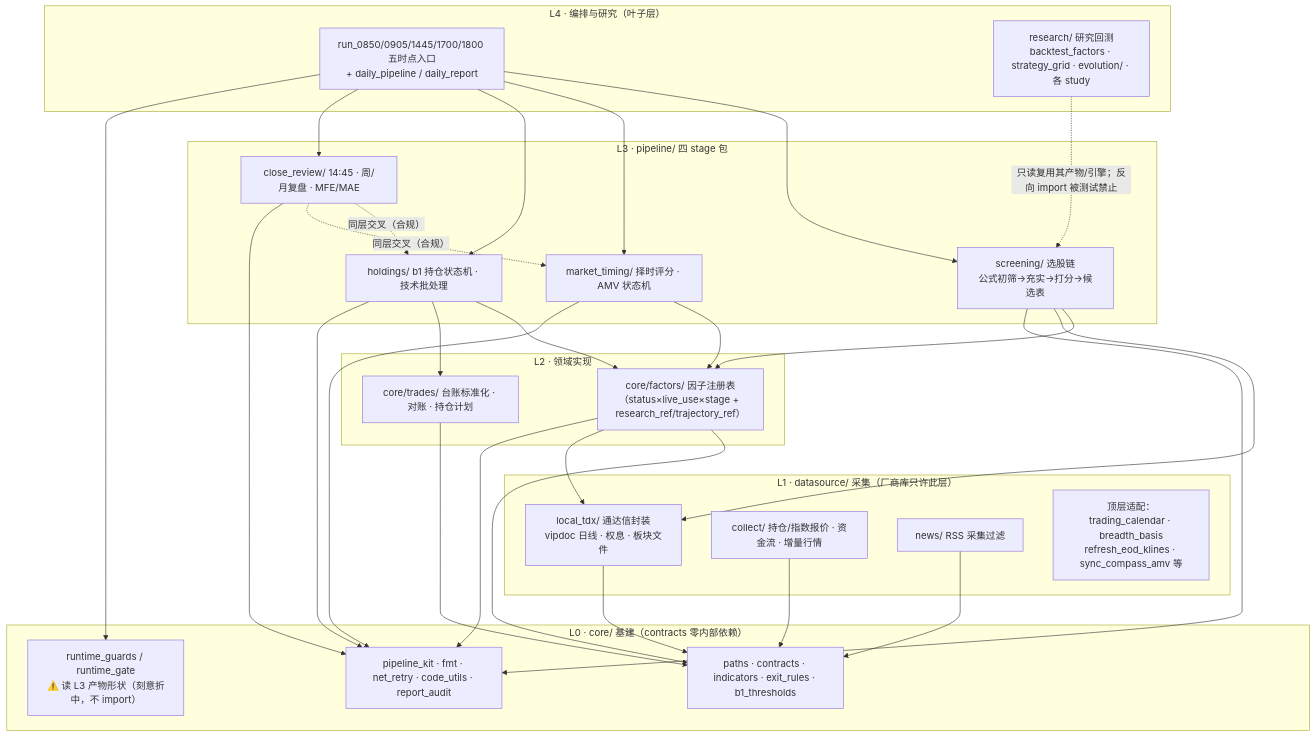
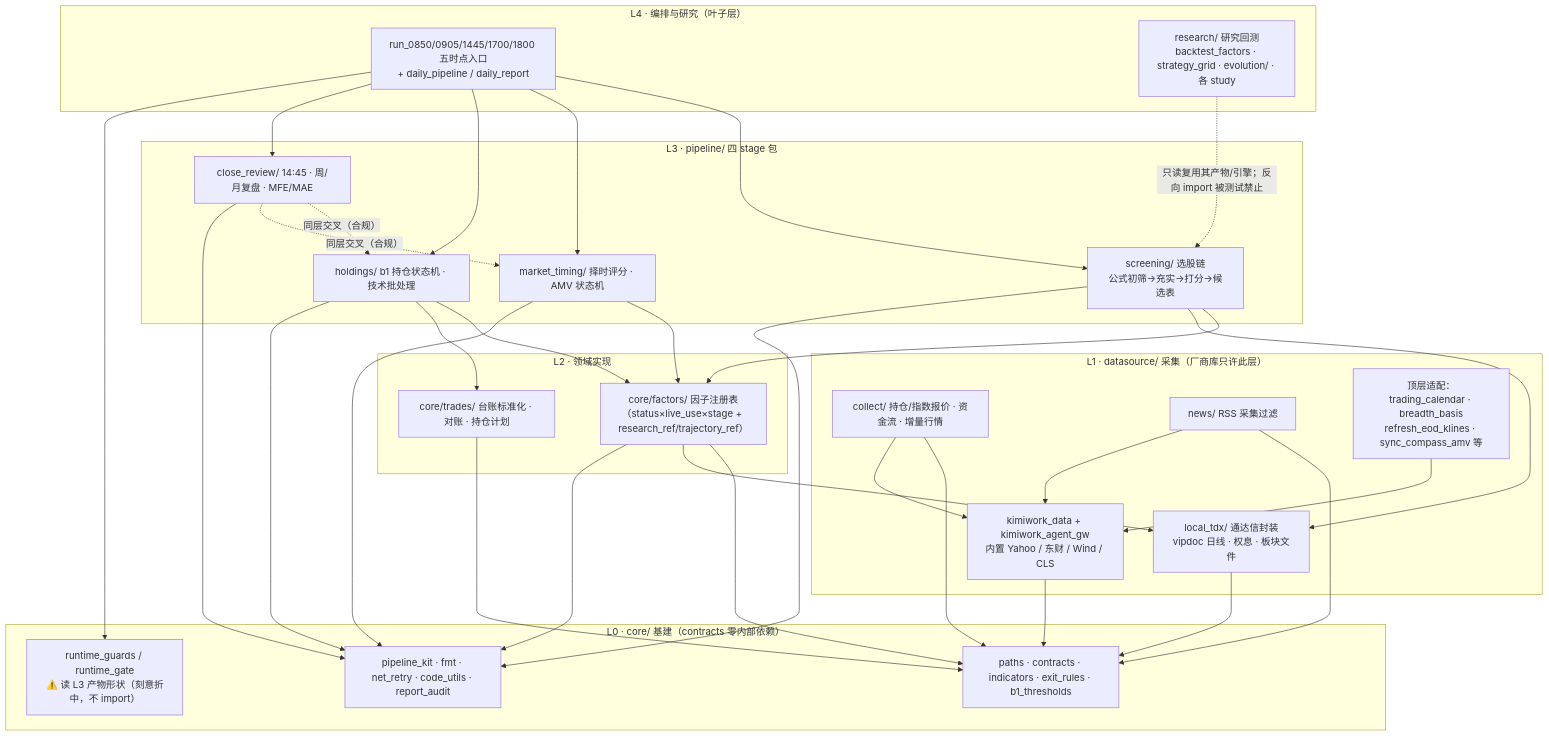
The diagram in AGENTS.md (littleguohao/Custos), drawn with Mermaid before and after one commit. The commit also changed other lines of this file and 16 other files, not shown here.

````diff
--- a/AGENTS.md
+++ b/AGENTS.md
@@ -35,57 +35,62 @@
 ```mermaid
 flowchart TB
     subgraph L4["L4 · 编排与研究（叶子层）"]
         RUN["run_0850/0905/1445/1700/1800 五时点入口<br/>+ daily_pipeline / daily_report"]
         RES["research/ 研究回测<br/>backtest_factors · strategy_grid · evolution/ · 各 study"]
     end
 
     subgraph L3["L3 · pipeline/ 四 stage 包"]
         SCR["screening/ 选股链<br/>公式初筛→充实→打分→候选表"]
         MKT["market_timing/ 择时评分 · AMV 状态机"]
         HLD["holdings/ b1 持仓状态机 · 技术批处理"]
         REV["close_review/ 14:45 · 周/月复盘 · MFE/MAE"]
     end
 
     subgraph L2["L2 · 领域实现"]
         FAC["core/factors/ 因子注册表<br/>（status×live_use×stage + research_ref/trajectory_ref）"]
         TRD["core/trades/ 台账标准化 · 对账 · 持仓计划"]
     end
 
     subgraph L1["L1 · datasource/ 采集（厂商库只许此层）"]
         TDX["local_tdx/ 通达信封装<br/>vipdoc 日线 · 权息 · 板块文件"]
         COL["collect/ 持仓/指数报价 · 资金流 · 增量行情"]
         NEWS["news/ RSS 采集过滤"]
+        KMI["kimiwork_data + kimiwork_agent_gw<br/>内置 Yahoo / 东财 / Wind / CLS"]
         ADP["顶层适配：trading_calendar · breadth_basis<br/>refresh_eod_klines · sync_compass_amv 等"]
     end
 
     subgraph L0["L0 · core/ 基建（contracts 零内部依赖）"]
         INF["paths · contracts · indicators · exit_rules · b1_thresholds"]
         KIT["pipeline_kit · fmt · net_retry · code_utils · report_audit"]
         GRD["runtime_guards / runtime_gate<br/>⚠️ 读 L3 产物形状（刻意折中，不 import）"]
     end
 
     RUN --> SCR
     RUN --> MKT
     RUN --> HLD
     RUN --> REV
     RES -.->|"只读复用其产物/引擎；反向 import 被测试禁止"| SCR
     SCR --> FAC
     SCR --> TDX
     MKT --> FAC
     HLD --> FAC
     HLD --> TRD
     REV -.->|"同层交叉（合规）"| HLD
     REV -.->|"同层交叉（合规）"| MKT
     FAC --> INF
     FAC --> TDX
     TRD --> INF
     TDX --> INF
     COL --> INF
     NEWS --> INF
+    KMI --> INF
+    COL --> KMI
+    NEWS --> KMI
+    ADP --> KMI
     FAC --> KIT
     SCR --> KIT
     HLD --> KIT
     MKT --> KIT
     REV --> KIT
     RUN --> GRD
 ```
````
